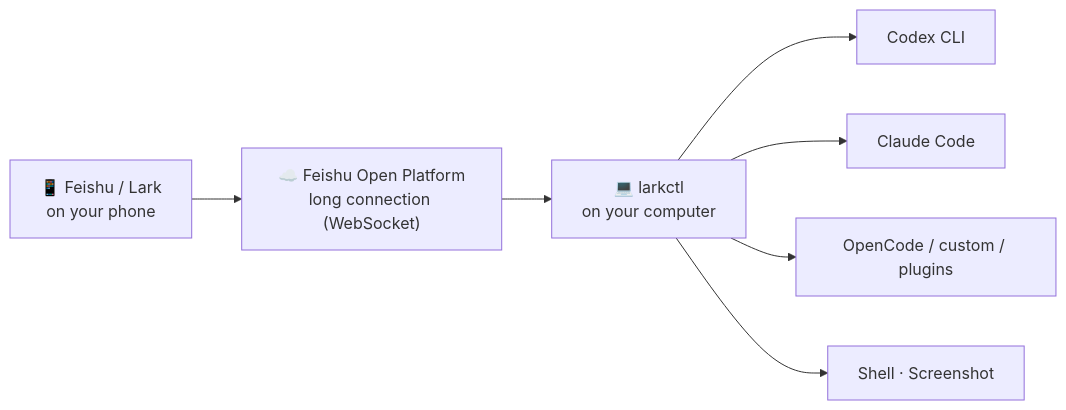
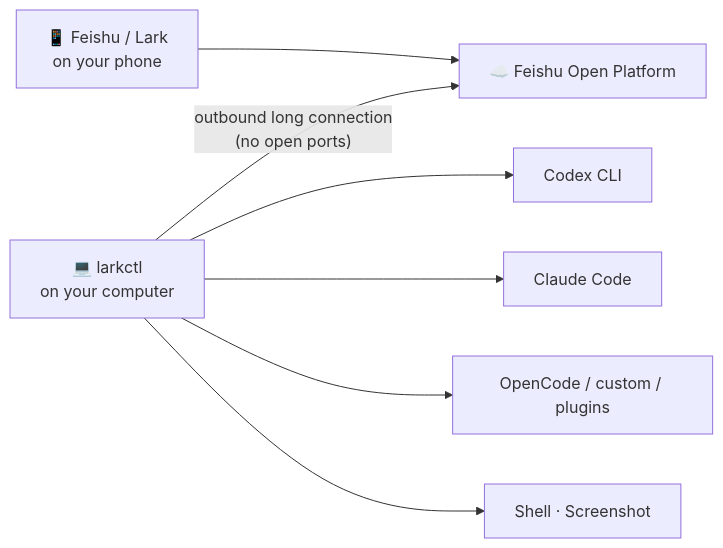
The first of 2 diagrams in README.md (hucheng91/larkctl), drawn with Mermaid before and after one commit. The commit also changed other lines of this file and 3 other files, not shown here.

````diff
--- a/README.md
+++ b/README.md
@@ -39,9 +100,9 @@
 ```mermaid
 flowchart LR
-  P["📱 Feishu / Lark<br/>on your phone"] --> F["☁️ Feishu Open Platform<br/>long connection (WebSocket)"]
-  F --> D["💻 larkctl<br/>on your computer"]
+  P["📱 Feishu / Lark<br/>on your phone"] --> F["☁️ Feishu Open Platform"]
+  D["💻 larkctl<br/>on your computer"] -- "outbound long connection<br/>(no open ports)" --> F
   D --> A1["Codex CLI"]
   D --> A2["Claude Code"]
   D --> A3["OpenCode / custom / plugins"]
   D --> SH["Shell · Screenshot"]
 ```
````
